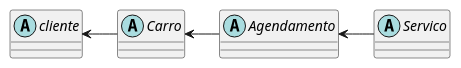
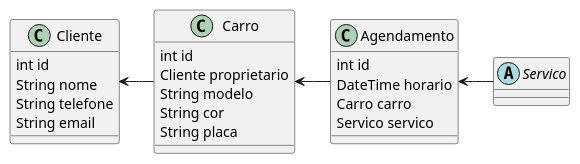
The diagram in src/main/resources/templates/Cliente.puml (lukksRhyan/LavaJatoOnlinePWIIV2), drawn with PlantUML before and after one commit. The commit also changed 4 other files, not shown here.

```diff
--- a/src/main/resources/templates/Cliente.puml
+++ b/src/main/resources/templates/Cliente.puml
@@ -1,13 +1,30 @@
 @startuml
 'https://plantuml.com/class-diagram
 
-abstract class cliente
-abstract class Agendamento
-abstract class Carro
+class Cliente{
+    int id
+    String nome
+    String telefone
+    String email
+}
+class Agendamento{
+    int id
+    DateTime horario
+    Carro carro
+    Servico servico
+}
+class Carro{
+int id
+Cliente proprietario
+String modelo
+String cor
+String placa
+
+}
 abstract class Servico
 
-cliente <- Carro
+Cliente <- Carro
 Agendamento <- Servico
 Carro <- Agendamento
 
 @enduml
```
